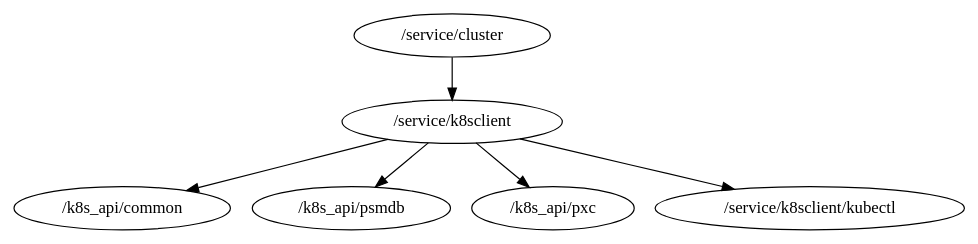
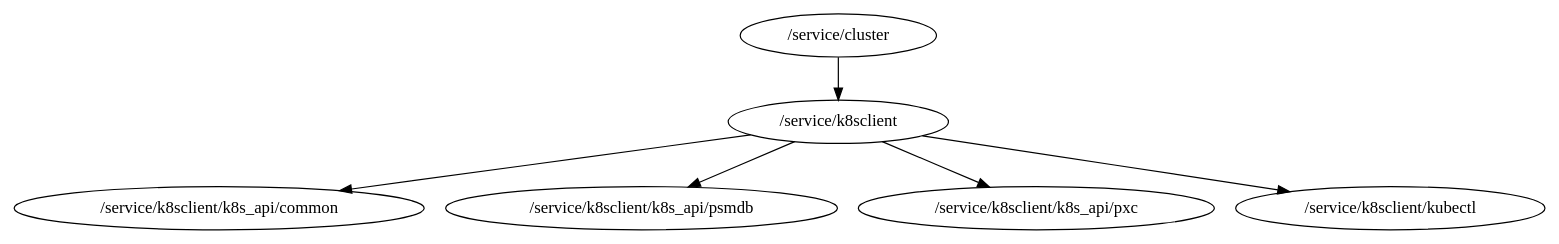
One commit to percona/dbaas-controller changed the diagram in packages.dot. Above: the diagram before and after it, drawn with Graphviz. The commit also changed 10 other files, not shown here.

```diff
--- a/packages.dot
+++ b/packages.dot
@@ -1,7 +1,7 @@
 digraph packages {
 	"/service/cluster" -> "/service/k8sclient";
-	"/service/k8sclient" -> "/k8s_api/common";
-	"/service/k8sclient" -> "/k8s_api/psmdb";
-	"/service/k8sclient" -> "/k8s_api/pxc";
+	"/service/k8sclient" -> "/service/k8sclient/k8s_api/common";
+	"/service/k8sclient" -> "/service/k8sclient/k8s_api/psmdb";
+	"/service/k8sclient" -> "/service/k8sclient/k8s_api/pxc";
 	"/service/k8sclient" -> "/service/k8sclient/kubectl";
 }
```
